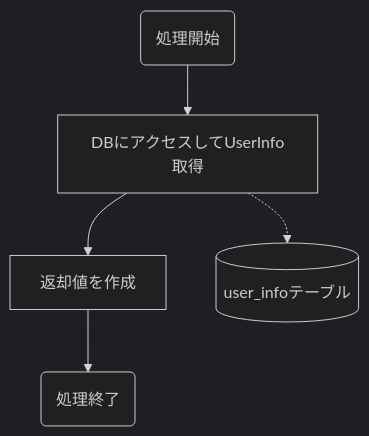
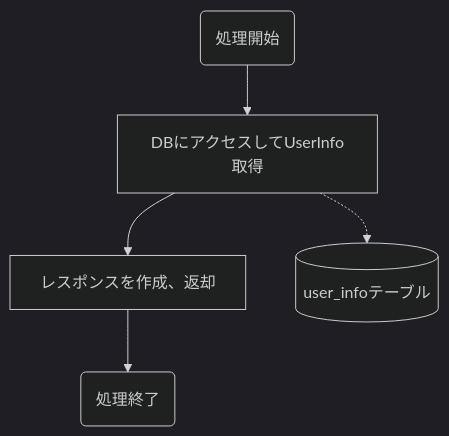
Before and after one commit to nob-islan/nob-openid-connect: the diagram in docs/business-flow/op/User-info-fetch.md, drawn with Mermaid. The commit also changed 6 other files, not shown here.

````diff
--- a/docs/business-flow/op/User-info-fetch.md
+++ b/docs/business-flow/op/User-info-fetch.md
@@ -3,8 +3,8 @@
 ```mermaid
 %%{init:{'theme':'dark'}}%%
 graph TD;
     A(処理開始) --> B[DBにアクセスしてUserInfo取得]
-    B --> C[返却値を作成]
+    B --> C[レスポンスを作成、返却]
     B -.-> D[(user_infoテーブル)]
     C --> E(処理終了)
 ```
````
